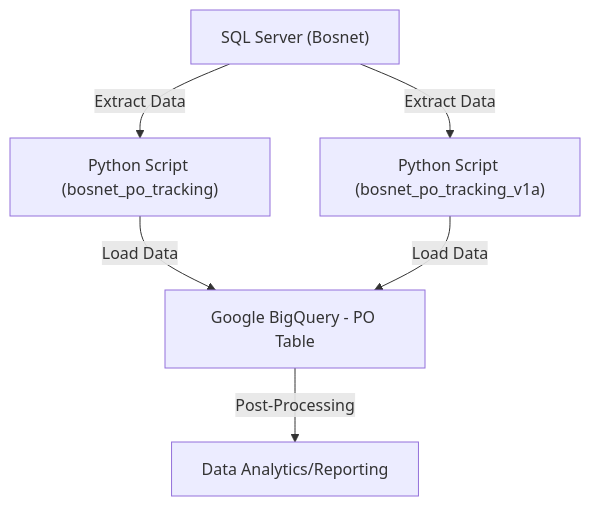
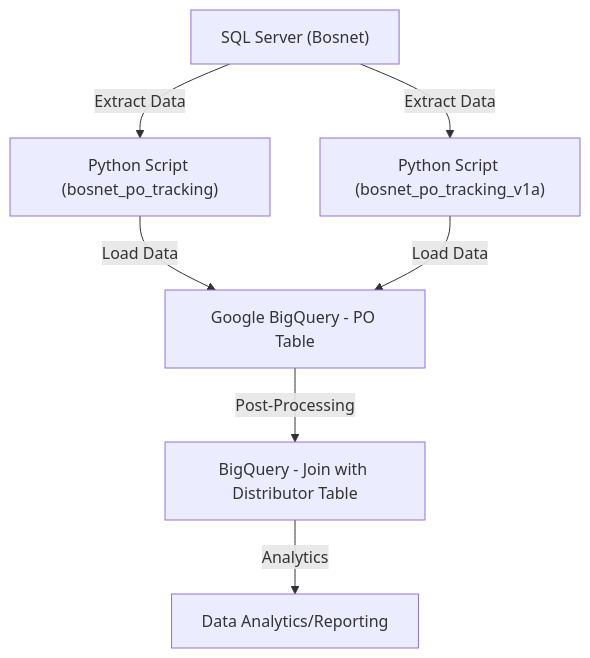
Before and after one commit to daffanka/Sell-In-Data: the first of 3 diagrams in README.md, drawn with Mermaid. The commit also changed other lines of this file, not shown here.

````diff
--- a/README.md
+++ b/README.md
@@ -34,8 +42,9 @@
 ```mermaid
 graph TD
     A["SQL Server (Bosnet)"] -->|Extract Data| B["Python Script (bosnet_po_tracking)"]
     A -->|Extract Data| C["Python Script (bosnet_po_tracking_v1a)"]
     B -->|Load Data| D["Google BigQuery - PO Table"]
     C -->|Load Data| D
-    D -->|Post-Processing| E["Data Analytics/Reporting"]
+    D -->|Post-Processing| E["BigQuery - Join with Distributor Table"]
+    E -->|Analytics| F["Data Analytics/Reporting"]
 ```
````
